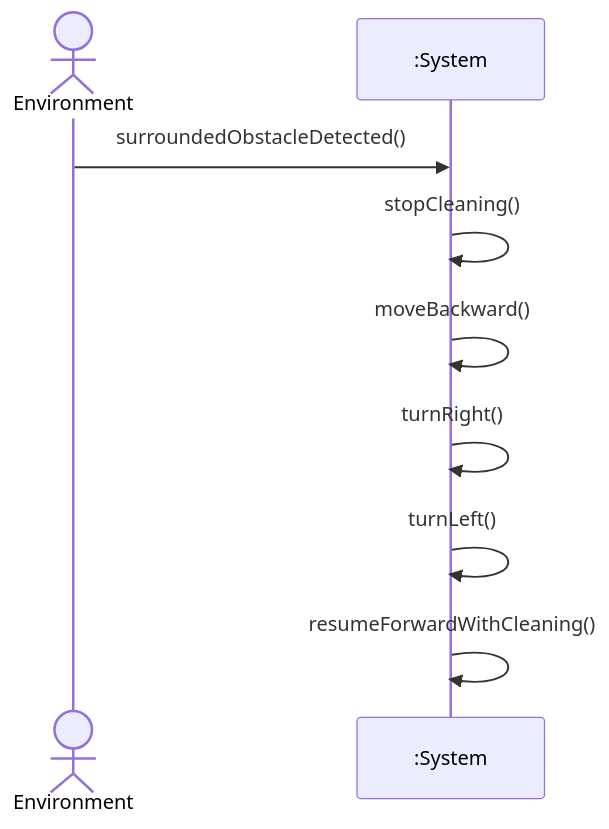
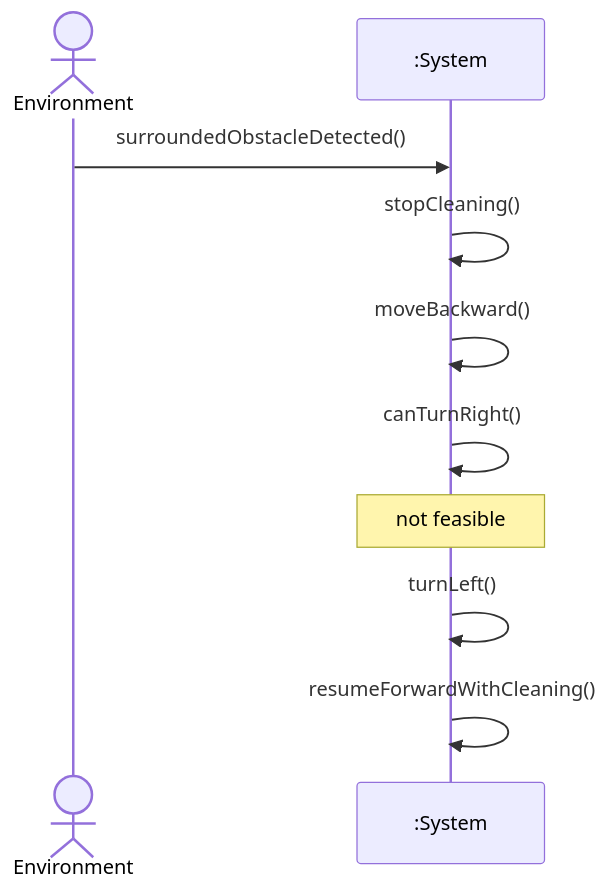
Before and after one commit to yul2yak/rvc_control_ooad: the third of 3 diagrams in docs/OOA/UseCases/UC-003.md, drawn with Mermaid. The commit also changed other lines of this file and 2 other files, not shown here.

````diff
--- a/docs/OOA/UseCases/UC-003.md
+++ b/docs/OOA/UseCases/UC-003.md
@@ -105,11 +109,12 @@
 ```mermaid
 sequenceDiagram
 actor E as Environment
 participant S as :System
 E->>S: surroundedObstacleDetected()
 S->>S: stopCleaning()
 S->>S: moveBackward()
-S->>S: turnRight()
+S->>S: canTurnRight()
+Note over S: not feasible
 S->>S: turnLeft()
 S->>S: resumeForwardWithCleaning()
 ```
````
